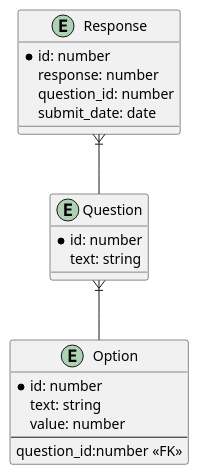
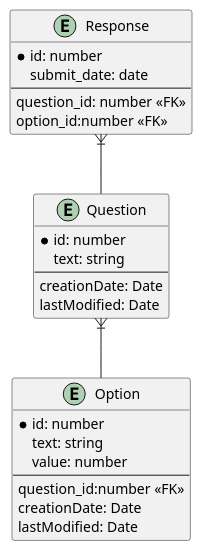
Before and after one commit to raghav19897/feedback: the diagram in docs/domain.puml, drawn with PlantUML. The commit also changed 3 other files, not shown here.

Commit message:
Option id FK in response Creation and last modified date in option and question

```diff
--- a/docs/domain.puml
+++ b/docs/domain.puml
@@ -1,24 +1,29 @@
 @startuml
 entity "Question" as question {
   *id: number
   text: string
-
+  ---
+  creationDate: Date
+  lastModified: Date
 }
 
 entity "Option" as option {
   *id: number
   text: string
   value: number
   ---
   question_id:number <<FK>>
+  creationDate: Date
+  lastModified: Date
 }
 
 entity "Response" as response {
   *id: number
-  response: number
-  question_id: number
   submit_date: date
+  ---
+  question_id: number <<FK>>
+  option_id:number <<FK>>
 }
 question }|-- option
 response }|-- question
 @enduml
```
